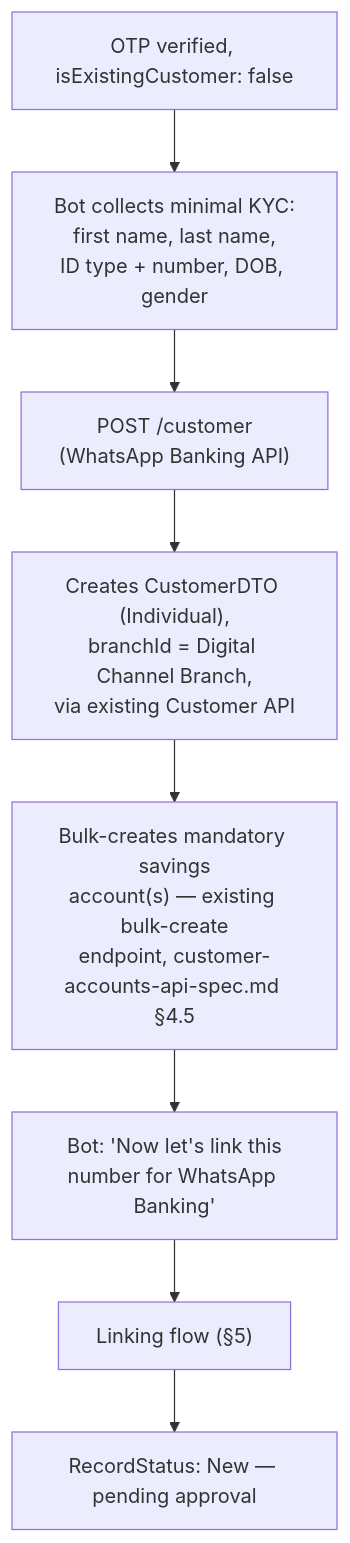
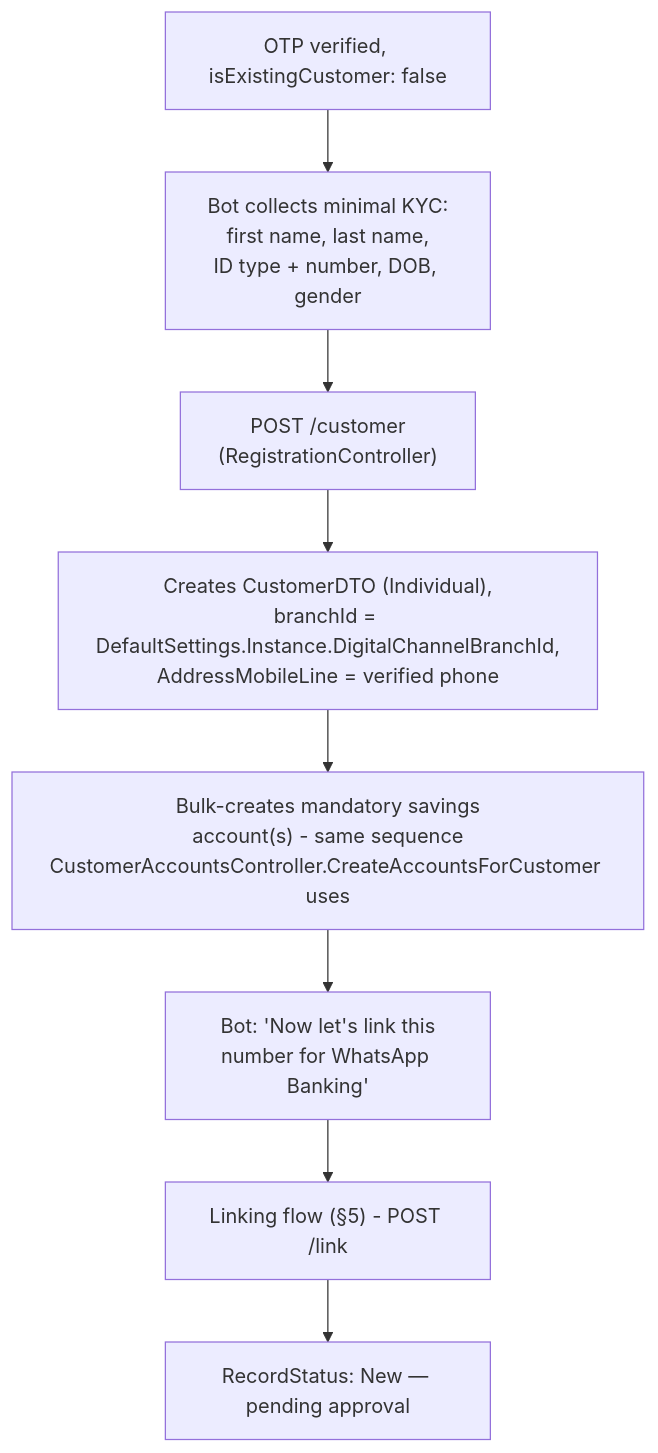
One commit to calvince-swizzsoft/Swift-Financials-FOSA changed the third of 4 diagrams in WebApplication1/Areas/WhatsAppBanking/WORKFLOW.md. Above: the diagram before and after it, drawn with Mermaid. The commit also changed other lines of this file and 16 other files, not shown here.

````diff
--- a/WebApplication1/Areas/WhatsAppBanking/WORKFLOW.md
+++ b/WebApplication1/Areas/WhatsAppBanking/WORKFLOW.md
@@ -331,10 +335,10 @@
 ```mermaid
 flowchart TD
     A["OTP verified, isExistingCustomer: false"] --> B["Bot collects minimal KYC:\nfirst name, last name,\nID type + number, DOB, gender"]
-    B --> C["POST /customer\n(WhatsApp Banking API)"]
-    C --> D["Creates CustomerDTO (Individual),\nbranchId = Digital Channel Branch,\nvia existing Customer API"]
-    D --> E["Bulk-creates mandatory savings\naccount(s) — existing bulk-create\nendpoint, customer-accounts-api-spec.md §4.5"]
+    B --> C["POST /customer\n(RegistrationController)"]
+    C --> D["Creates CustomerDTO (Individual),\nbranchId = DefaultSettings.Instance.DigitalChannelBranchId,\nAddressMobileLine = verified phone"]
+    D --> E["Bulk-creates mandatory savings\naccount(s) - same sequence\nCustomerAccountsController.CreateAccountsForCustomer uses"]
     E --> F["Bot: 'Now let's link this\nnumber for WhatsApp Banking'"]
-    F --> G["Linking flow (§5)"]
+    F --> G["Linking flow (§5) - POST /link"]
     G --> H["RecordStatus: New — pending approval"]
 ```
````
